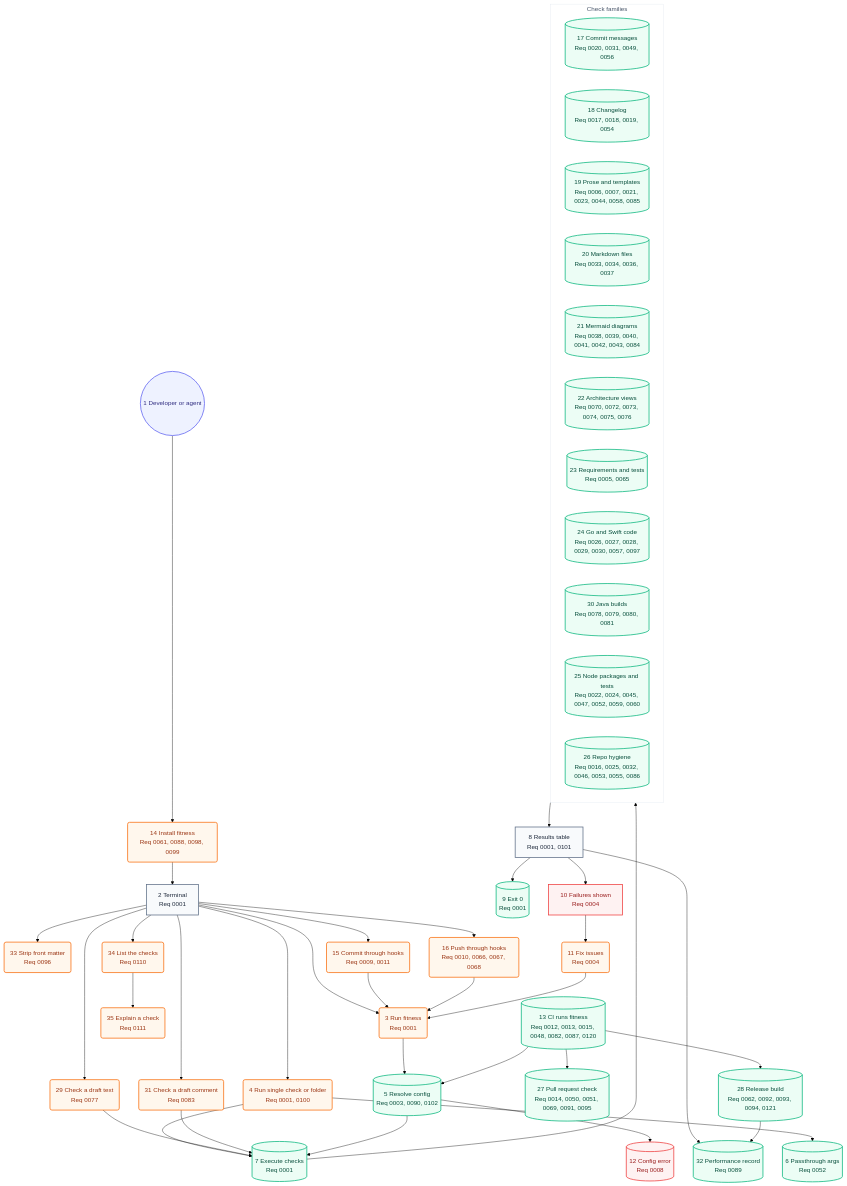
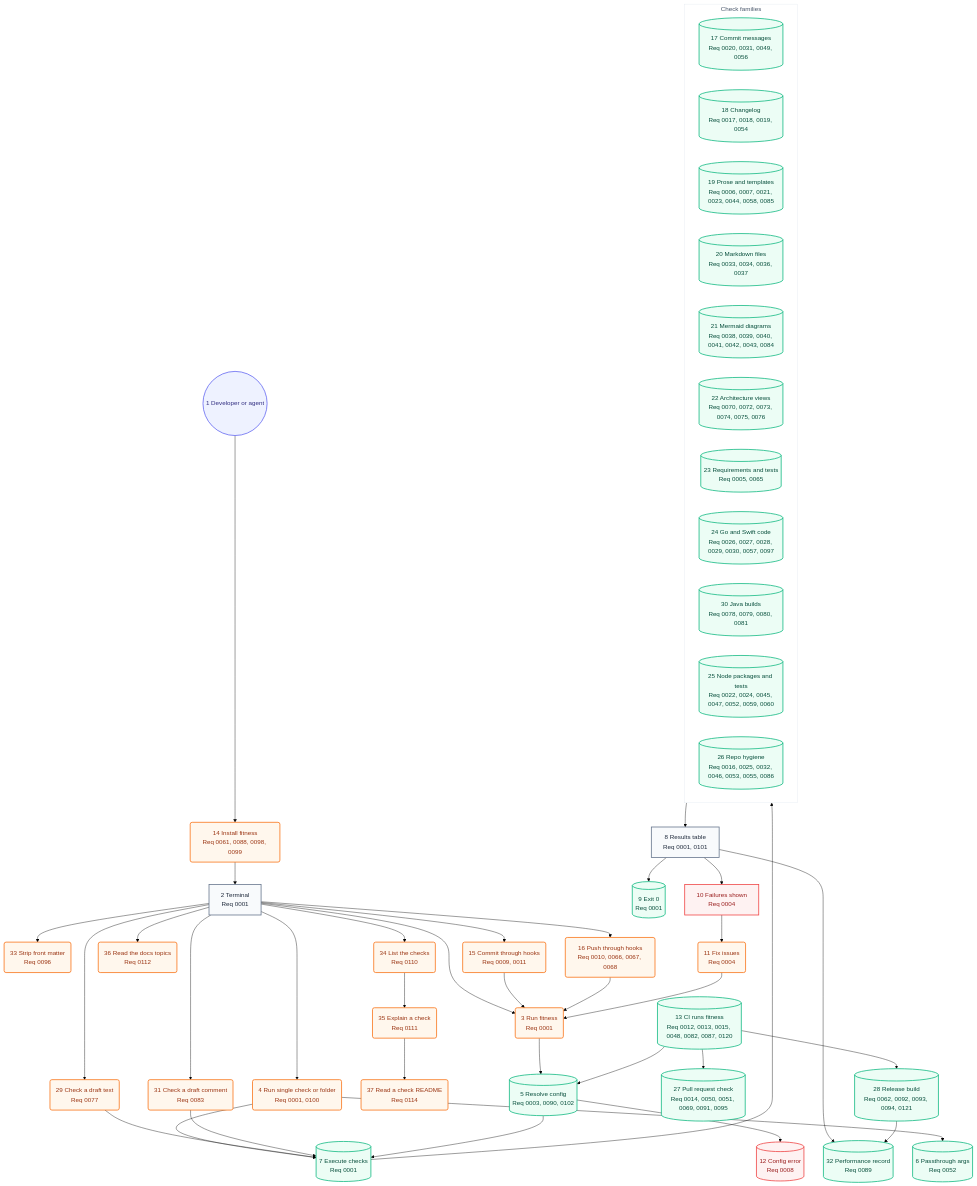
The second of 2 diagrams in docs/architecture/05-user-journey.md (may-journal/fitness-runner), drawn with Mermaid (forest theme) before and after one commit. The commit also changed other lines of this file and 272 other files, not shown here.

First line of the commit message:
feat(docs): serve the guide topics and generate check READMEs from doc comments

```diff
--- a/docs/architecture/05-user-journey.md
+++ b/docs/architecture/05-user-journey.md
@@ -49,6 +49,8 @@
     stripFront(33 Strip front matter<br/>Req 0096):::action
     listChecks(34 List the checks<br/>Req 0110):::action
     explainCheck(35 Explain a check<br/>Req 0111):::action
+    readDocs(36 Read the docs topics<br/>Req 0112):::action
+    readReadme(37 Read a check README<br/>Req 0114):::action
     commitHook(15 Commit through hooks<br/>Req 0009, 0011):::action
     pushHook(16 Push through hooks<br/>Req 0010, 0066, 0067, 0068):::action
     resolveConfig[(5 Resolve config<br/>Req 0003, 0090, 0102)]:::system
@@ -90,6 +92,8 @@
     terminal --> stripFront
     terminal --> listChecks
     listChecks --> explainCheck
+    terminal --> readDocs
+    explainCheck --> readReadme
     commitHook --> runFull
     pushHook --> runFull
     runFull --> resolveConfig
```
